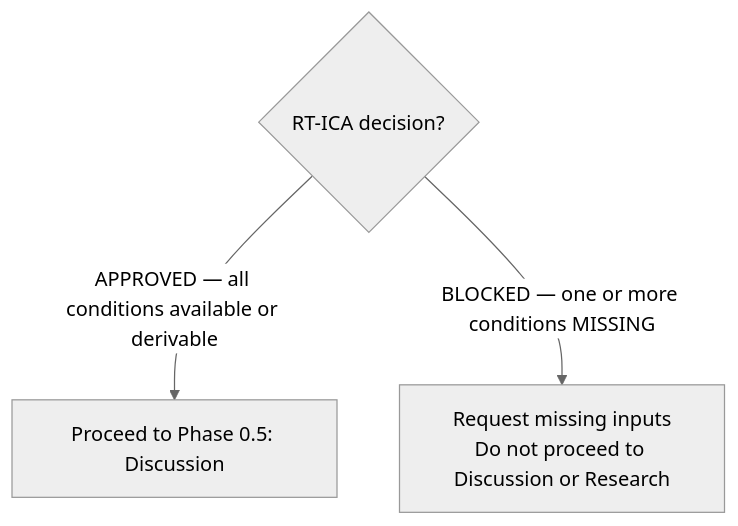
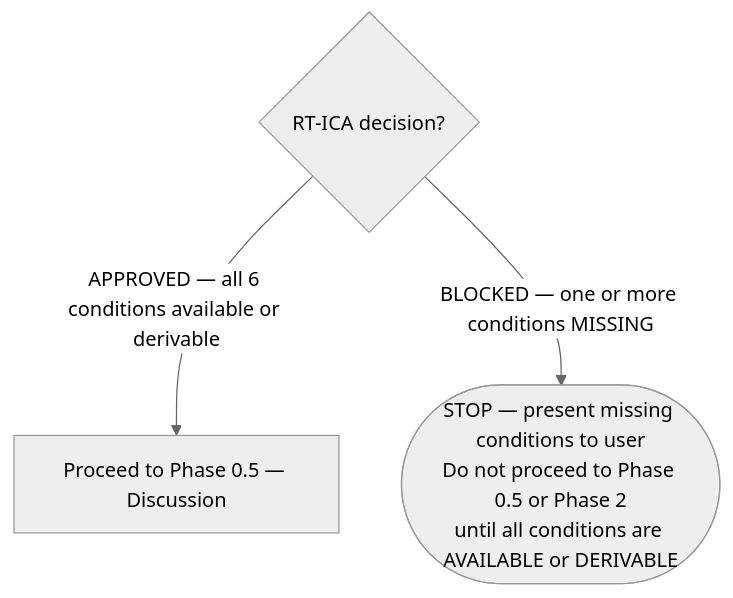
Before and after one commit to chgreer1070/claude_skills: the second of 11 diagrams in plugins/plugin-creator/skills/plugin-lifecycle/SKILL.md, drawn with Mermaid (neutral theme). The commit also changed other lines of this file and 4 other files, not shown here.

````diff
--- a/plugins/plugin-creator/skills/plugin-lifecycle/SKILL.md
+++ b/plugins/plugin-creator/skills/plugin-lifecycle/SKILL.md
@@ -140,6 +170,6 @@
 ```mermaid
 flowchart TD
     Q{"RT-ICA decision?"}
-    Q -->|"APPROVED — all conditions available or derivable"| Next["Proceed to Phase 0.5: Discussion"]
-    Q -->|"BLOCKED — one or more conditions MISSING"| Block["Request missing inputs<br>Do not proceed to Discussion or Research"]
+    Q -->|"APPROVED — all 6 conditions available or derivable"| Next["Proceed to Phase 0.5 — Discussion"]
+    Q -->|"BLOCKED — one or more conditions MISSING"| Block(["STOP — present missing conditions to user<br>Do not proceed to Phase 0.5 or Phase 2<br>until all conditions are AVAILABLE or DERIVABLE"])
 ```
````
